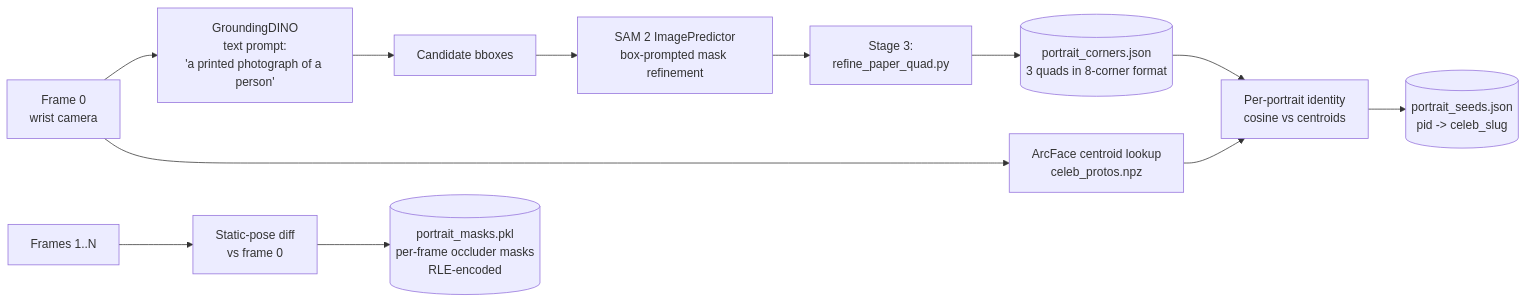
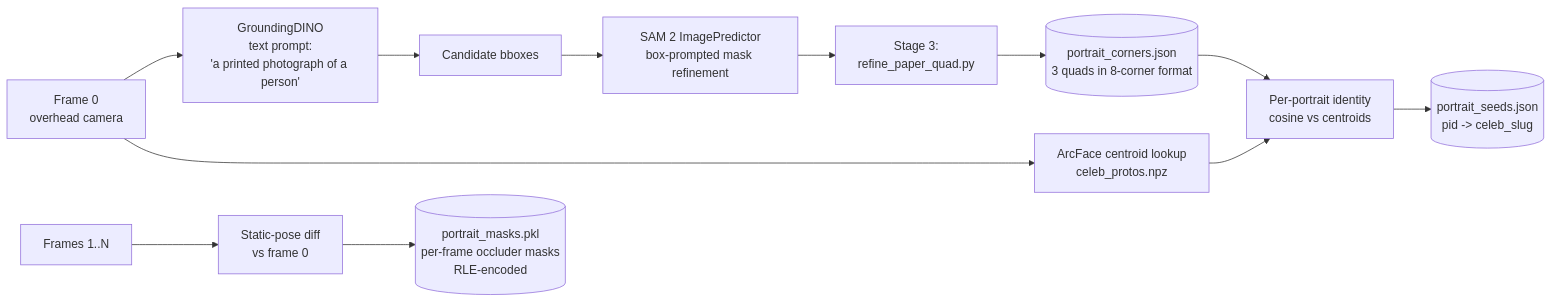
Before and after one commit to Ace3Z/LeMonkey: the second of 4 diagrams in eval_3/aug/README.md, drawn with Mermaid. The commit also changed other lines of this file and 25 other files, not shown here.

````diff
--- a/eval_3/aug/README.md
+++ b/eval_3/aug/README.md
@@ -116,14 +116,14 @@
 ```mermaid
 flowchart LR
-    A[Frame 0<br/>wrist camera] --> B[GroundingDINO<br/>text prompt:<br/>'a printed photograph of a person']
+    A[Frame 0<br/>overhead camera] --> B[GroundingDINO<br/>text prompt:<br/>'a printed photograph of a person']
     B --> C[Candidate bboxes]
     C --> D[SAM 2 ImagePredictor<br/>box-prompted mask refinement]
     D --> E[Stage 3:<br/>refine_paper_quad.py]
     E --> F[(portrait_corners.json<br/>3 quads in 8-corner format)]
     A --> G[ArcFace centroid lookup<br/>celeb_protos.npz]
     F --> H[Per-portrait identity<br/>cosine vs centroids]
     G --> H
     H --> I[(portrait_seeds.json<br/>pid -> celeb_slug)]
     J[Frames 1..N] --> K[Static-pose diff<br/>vs frame 0]
     K --> L[(portrait_masks.pkl<br/>per-frame occluder masks<br/>RLE-encoded)]
 ```
````
